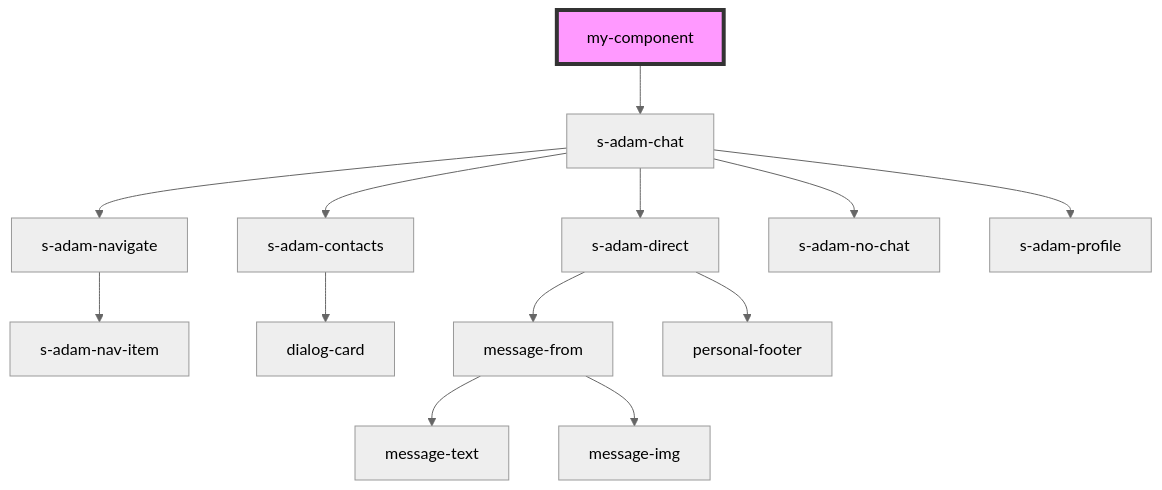
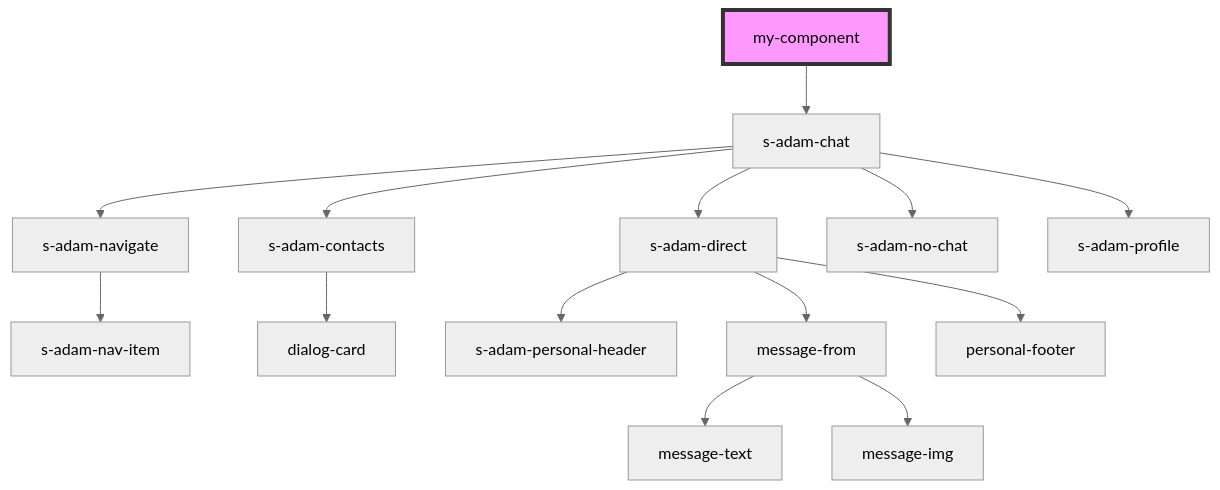
Before and after one commit to saqhan/stencil-chat: the diagram in src/components/my-component/readme.md, drawn with Mermaid (neutral theme). The commit also changed 33 other files, not shown here.

````diff
--- a/src/components/my-component/readme.md
+++ b/src/components/my-component/readme.md
@@ -13,16 +13,17 @@
 ```mermaid
 graph TD;
   my-component --> s-adam-chat
   s-adam-chat --> s-adam-navigate
   s-adam-chat --> s-adam-contacts
   s-adam-chat --> s-adam-direct
   s-adam-chat --> s-adam-no-chat
   s-adam-chat --> s-adam-profile
   s-adam-navigate --> s-adam-nav-item
   s-adam-contacts --> dialog-card
+  s-adam-direct --> s-adam-personal-header
   s-adam-direct --> message-from
   s-adam-direct --> personal-footer
   message-from --> message-text
   message-from --> message-img
   style my-component fill:#f9f,stroke:#333,stroke-width:4px
 ```
````
